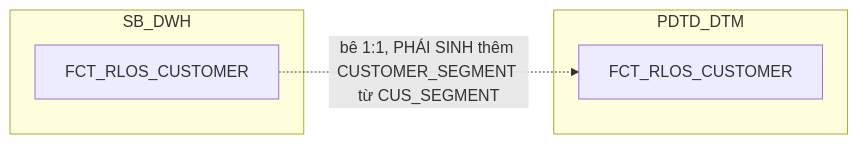
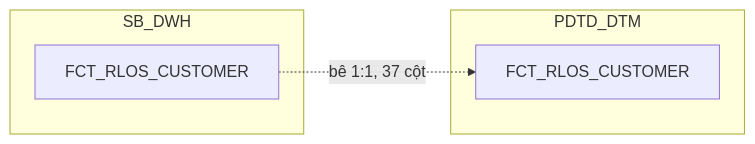
One commit to chien1198/sb-mapping-gen changed diagram 18 of 19 in hld/hld_review/HLD_FCT_PDTD_DTM_review.md. Above: the diagram before and after it, drawn with Mermaid. The commit also changed other lines of this file and 36 other files, not shown here.

````diff
--- a/hld/hld_review/HLD_FCT_PDTD_DTM_review.md
+++ b/hld/hld_review/HLD_FCT_PDTD_DTM_review.md
@@ -1114,10 +1115,10 @@
 ```mermaid
 flowchart LR
     subgraph SB_DWH
         C["FCT_RLOS_CUSTOMER"]
     end
     subgraph PDTD_DTM
         D["FCT_RLOS_CUSTOMER"]
     end
-    C -.->|"bê 1:1, PHÁI SINH thêm CUSTOMER_SEGMENT từ CUS_SEGMENT"| D
+    C -.->|"bê 1:1, 37 cột"| D
 ```
````
